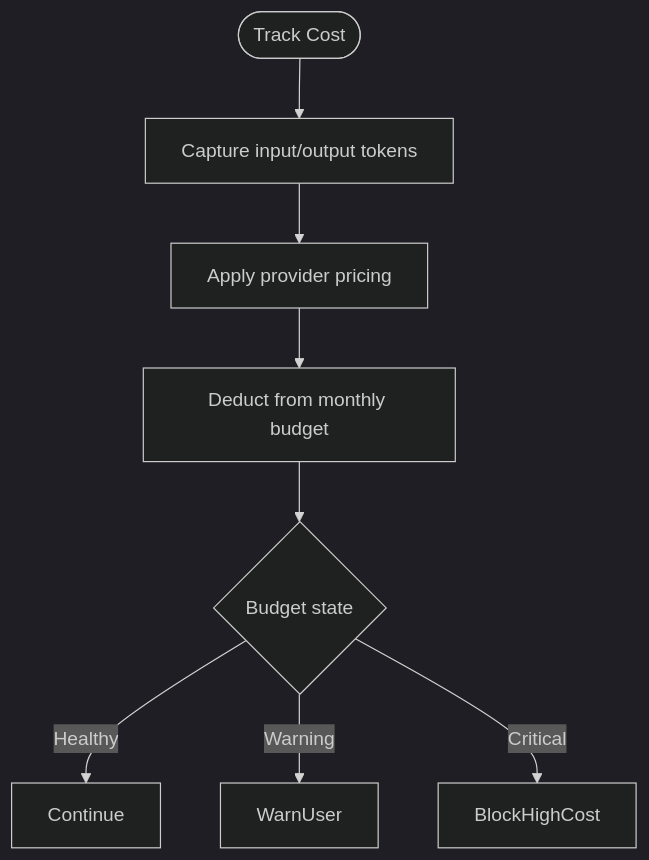
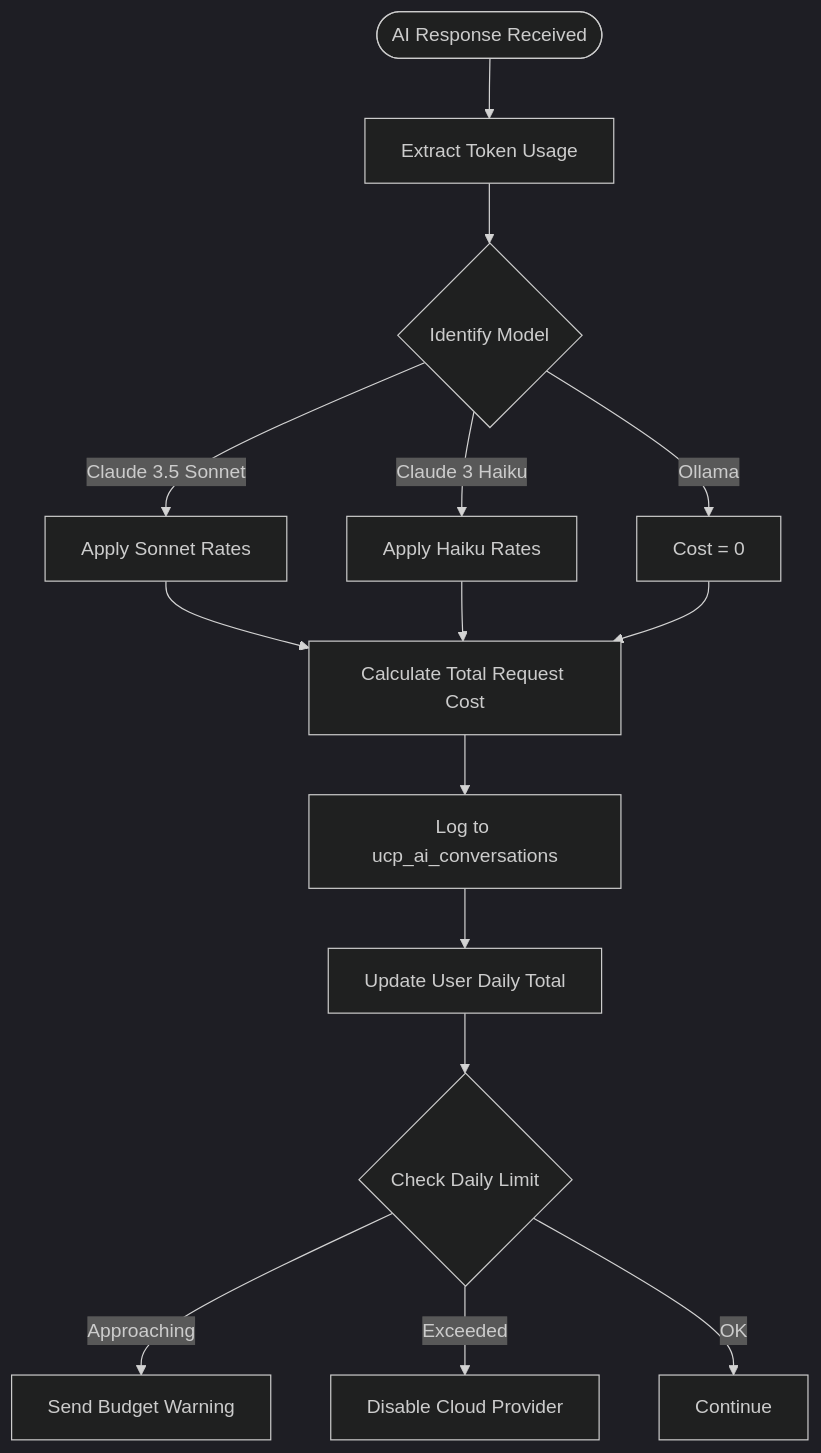
The fifth of 7 diagrams in docs/01-flows/FLOW-006_AI_Advisory_System.md (exatfrds67/umamusume-career-planner), drawn with Mermaid (dark theme) before and after one commit. The commit also changed other lines of this file and 67 other files, not shown here.

````diff
--- a/docs/01-flows/FLOW-006_AI_Advisory_System.md
+++ b/docs/01-flows/FLOW-006_AI_Advisory_System.md
@@ -67,10 +170,23 @@
 ```mermaid
 flowchart TD
-    Start([Track Cost]) --> CaptureTokens[Capture input/output tokens]
-    CaptureTokens --> ApplyPricing[Apply provider pricing]
-    ApplyPricing --> DeductBudget[Deduct from monthly budget]
-    DeductBudget --> Status{Budget state}
-    Status -->|Healthy| Continue
-    Status -->|Warning| WarnUser
-    Status -->|Critical| BlockHighCost
+    Start([AI Response Received]) --> ExtractUsage[Extract Token Usage]
+    
+    ExtractUsage --> IdentifyModel{Identify Model}
+    
+    IdentifyModel -->|Claude 3.5 Sonnet| CalcSonnet[Apply Sonnet Rates]
+    IdentifyModel -->|Claude 3 Haiku| CalcHaiku[Apply Haiku Rates]
+    IdentifyModel -->|Ollama| CalcLocal[Cost = 0]
+    
+    CalcSonnet --> TotalCost[Calculate Total Request Cost]
+    CalcHaiku --> TotalCost
+    CalcLocal --> TotalCost
+    
+    TotalCost --> LogTransaction[Log to ucp_ai_conversations]
+    LogTransaction --> Aggregator[Update User Daily Total]
+    
+    Aggregator --> CheckLimit{Check Daily Limit}
+    
+    CheckLimit -->|Approaching| SendWarning[Send Budget Warning]
+    CheckLimit -->|Exceeded| BlockCloud[Disable Cloud Provider]
+    CheckLimit -->|OK| Continue
 ```
````
